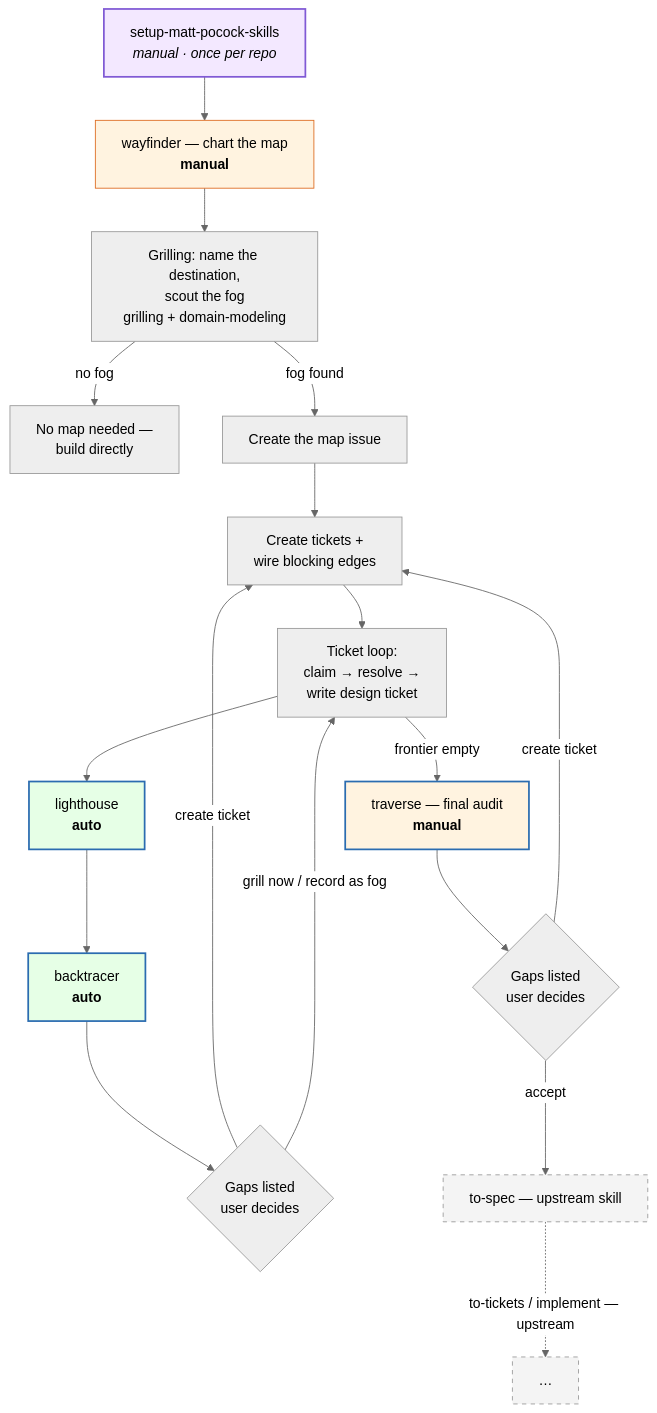
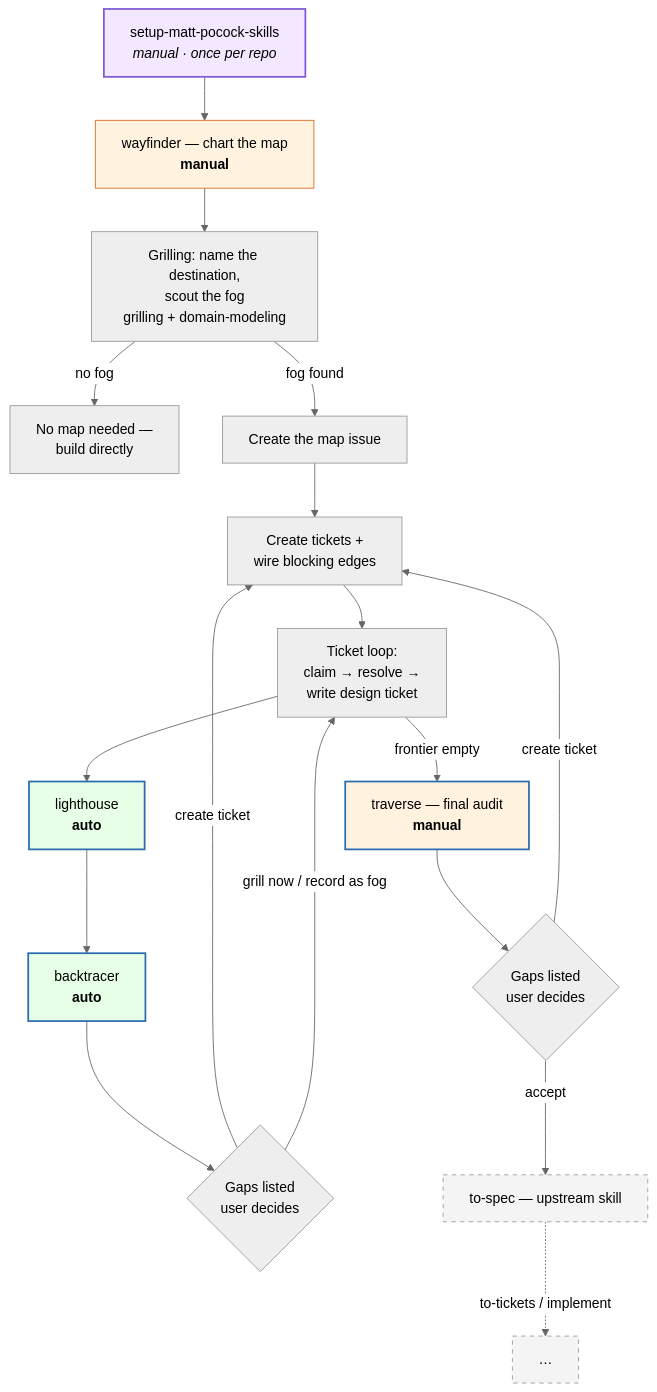
One commit to hugosol/oh-my-wayfinder changed the first of 2 diagrams in README.md. Above: the diagram before and after it, drawn with Mermaid (neutral theme). The commit also changed 1 other file, not shown here.

Commit message:
display enhance

````diff
--- a/README.md
+++ b/README.md
@@ -46,27 +46,27 @@
 ```mermaid
 flowchart TD
     S["setup-matt-pocock-skills<br/><i>manual · once per repo</i>"] --> W["wayfinder — chart the map<br/><b>manual</b>"]
     W --> G["Grilling: name the destination,<br/>scout the fog<br/>grilling + domain-modeling"]
     G -->|"no fog"| N["No map needed —<br/>build directly"]
     G -->|"fog found"| M["Create the map issue"]
     M --> T["Create tickets +<br/>wire blocking edges"]
     T --> L["Ticket loop:<br/>claim → resolve →<br/>write design ticket"]
     L --> LH["lighthouse<br/><b>auto</b>"]
     LH --> BT["backtracer<br/><b>auto</b>"]
     BT --> CG{"Gaps listed<br/>user decides"}
     CG -->|"create ticket"| T
     CG -->|"grill now / record as fog"| L
     L -->|"frontier empty"| TR["traverse — final audit<br/><b>manual</b>"]
     TR --> CG2{"Gaps listed<br/>user decides"}
     CG2 -->|"create ticket"| T
     CG2 -->|"accept"| TS["to-spec — upstream skill"]
-    TS -.->|"to-tickets / implement — upstream"| X["…"]
+    TS -.->|"to-tickets / implement"| X["…"]
 
     style LH fill:#e6ffe6,stroke:#2b6cb0,stroke-width:2px
     style BT fill:#e6ffe6,stroke:#2b6cb0,stroke-width:2px
     style TR fill:#fff3e0,stroke:#2b6cb0,stroke-width:2px
     style W fill:#fff3e0,stroke:#dd6b20
     style S fill:#f3e8ff,stroke:#805ad5,stroke-width:2px
     style TS fill:#f4f4f4,stroke:#999,stroke-dasharray:5 5
     style X fill:#f4f4f4,stroke:#999,stroke-dasharray:5 5
 ```
````
